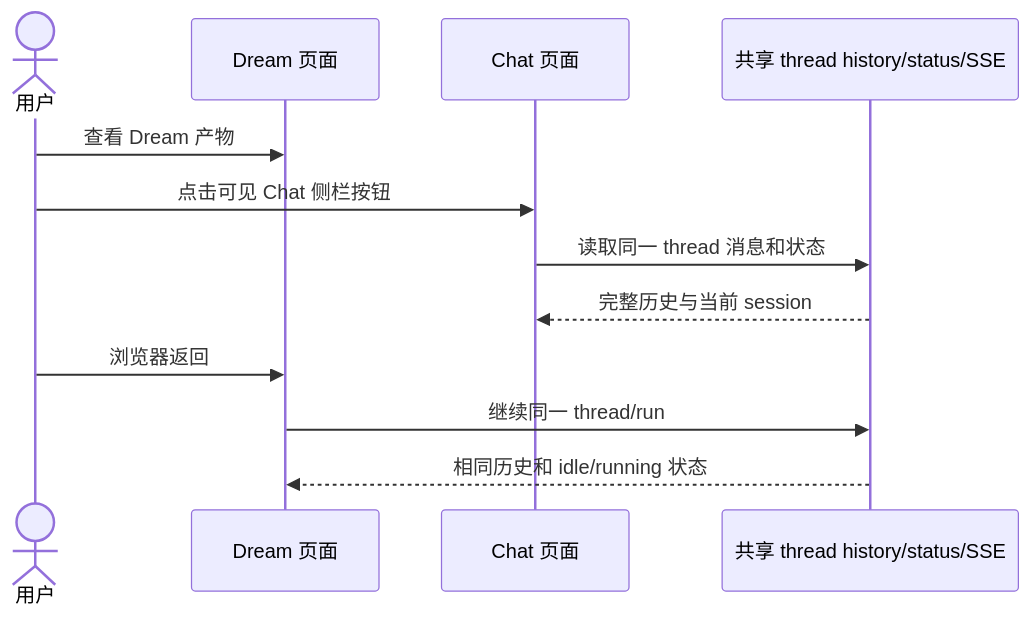
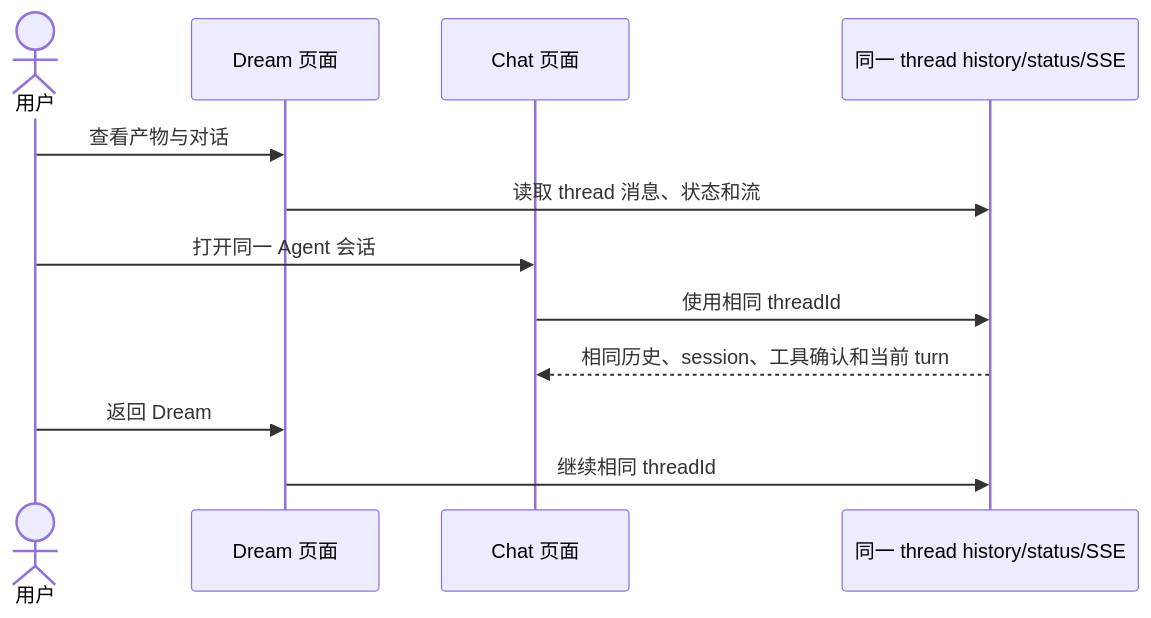
One commit to glide-the/im-dream changed the sixth of 8 diagrams in docs/design/dream-agent/business-interaction-design.md. Above: the diagram before and after it, drawn with Mermaid. The commit also changed other lines of this file and 99 other files, not shown here.

````diff
--- a/docs/design/dream-agent/business-interaction-design.md
+++ b/docs/design/dream-agent/business-interaction-design.md
@@ -148,15 +177,15 @@
 ```mermaid
 sequenceDiagram
     actor U as 用户
     participant D as Dream 页面
     participant C as Chat 页面
-    participant T as 共享 thread history/status/SSE
+    participant T as 同一 thread history/status/SSE
 
-    U->>D: 查看 Dream 产物
-    U->>C: 点击可见 Chat 侧栏按钮
-    C->>T: 读取同一 thread 消息和状态
-    T-->>C: 完整历史与当前 session
-    U->>D: 浏览器返回
-    D->>T: 继续同一 thread/run
-    T-->>D: 相同历史和 idle/running 状态
+    U->>D: 查看产物与对话
+    D->>T: 读取 thread 消息、状态和流
+    U->>C: 打开同一 Agent 会话
+    C->>T: 使用相同 threadId
+    T-->>C: 相同历史、session、工具确认和当前 turn
+    U->>D: 返回 Dream
+    D->>T: 继续相同 threadId
 ```
````
